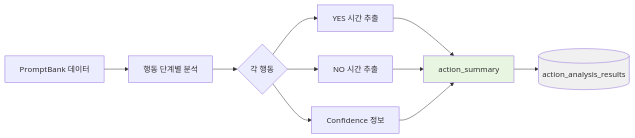
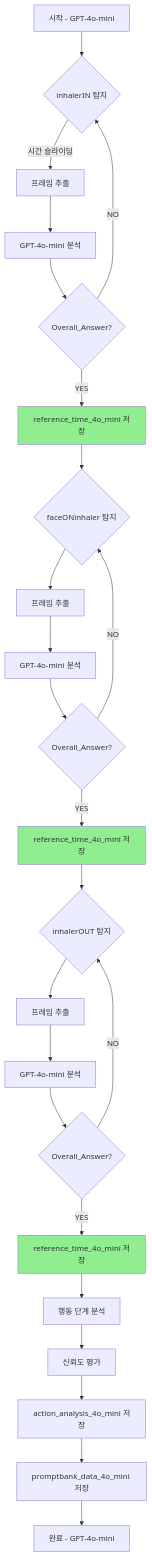
Before and after one commit to BrianTakion/AI_inhaler_Langgraph: the fourth of 13 diagrams in app/ARCHITECTURE.md, drawn with Mermaid. The commit also changed other lines of this file and 22 other files, not shown here.

````diff
--- a/app/ARCHITECTURE.md
+++ b/app/ARCHITECTURE.md
@@ -111,17 +116,33 @@
 ```mermaid
-graph LR
-    A[PromptBank 데이터] --> B[행동 단계별 분석]
-    B --> C{각 행동}
-    C --> D[YES 시간 추출]
-    C --> E[NO 시간 추출]
-    C --> F[Confidence 정보]
-    
-    D --> G[action_summary]
-    E --> G
-    F --> G
-    
-    G --> H[(action_analysis_results)]
-    
-    style G fill:#e8f5e1
-    style H fill:#f0f0f0
+graph TD
+    A[시작 - GPT-4o-mini] --> B{inhalerIN 탐지}
+    B -->|시간 슬라이딩| C[프레임 추출]
+    C --> D[GPT-4o-mini 분석]
+    D --> E{Overall_Answer?}
+    E -->|YES| F[reference_time_4o_mini 저장]
+    E -->|NO| B
+
+    F --> G{faceONinhaler 탐지}
+    G --> H[프레임 추출]
+    H --> I[GPT-4o-mini 분석]
+    I --> J{Overall_Answer?}
+    J -->|YES| K[reference_time_4o_mini 저장]
+    J -->|NO| G
+
+    K --> L{inhalerOUT 탐지}
+    L --> M[프레임 추출]
+    M --> N[GPT-4o-mini 분석]
+    N --> O{Overall_Answer?}
+    O -->|YES| P[reference_time_4o_mini 저장]
+    O -->|NO| L
+
+    P --> Q[행동 단계 분석]
+    Q --> R[신뢰도 평가]
+    R --> S[action_analysis_4o_mini 저장]
+    S --> T[promptbank_data_4o_mini 저장]
+    T --> U[완료 - GPT-4o-mini]
+
+    style F fill:#90EE90
+    style K fill:#90EE90
+    style P fill:#90EE90
 ```
````
